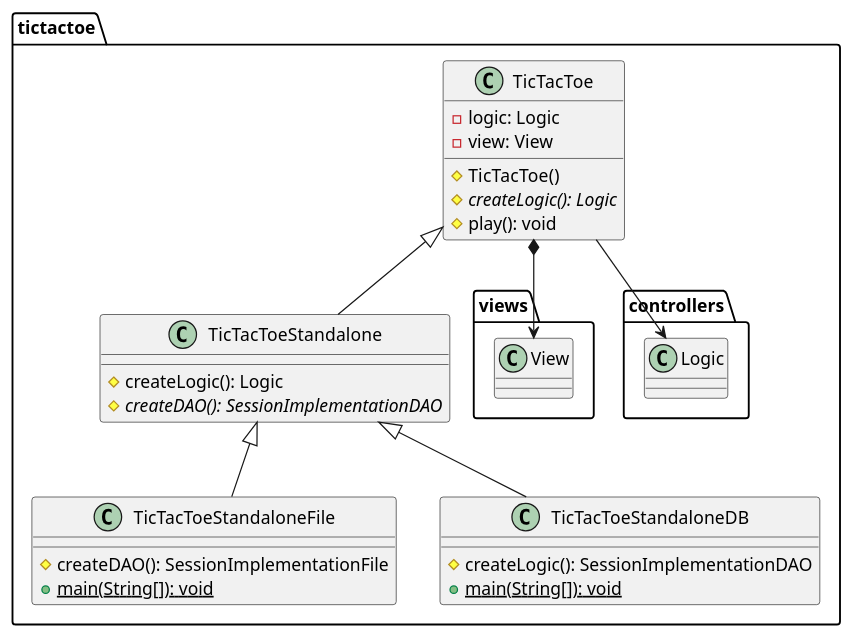
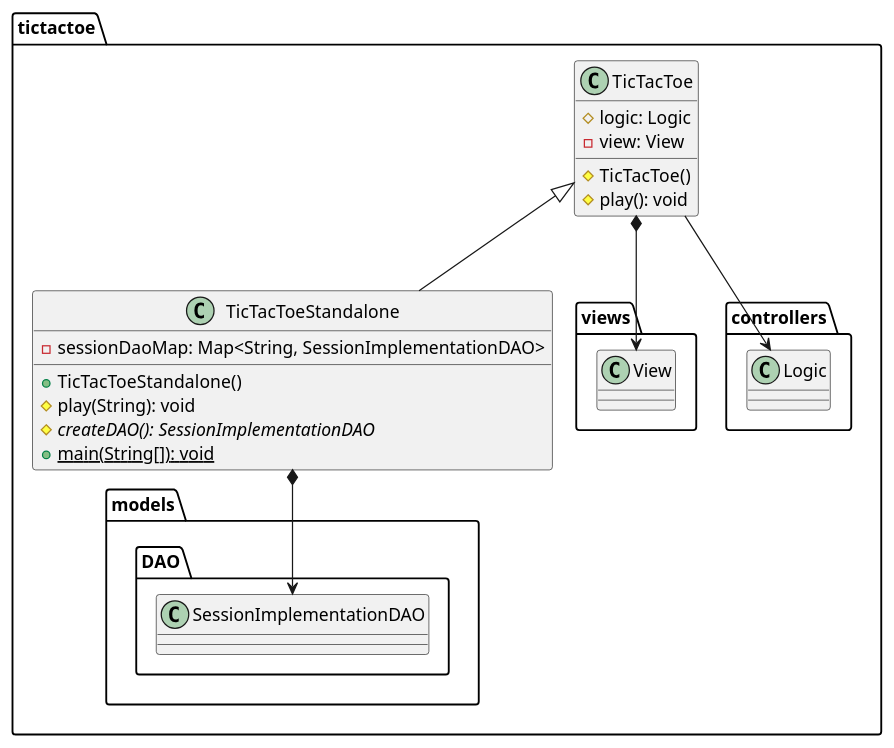
One commit to x-USantaTecla-game-ticTacToe/java changed the second of 6 diagrams in docs/src/docs/asciidoc/index.adoc. Above: the diagram before and after it, drawn with PlantUML. The commit also changed other lines of this file and 36 other files, not shown here.

Commit message:
Update version mvp.pm.withPrototype with implementation and docs

```diff
--- a/docs/src/docs/asciidoc/index.adoc
+++ b/docs/src/docs/asciidoc/index.adoc
@@ -120,32 +121,23 @@
-[plantuml,tictactoeVersion13,svg]
+[plantuml,tictactoeVersion14,svg]
 ....
 
 class  tictactoe.TicTacToe{
-- logic: Logic
+# logic: Logic
 - view: View
 # TicTacToe()
-# {abstract} createLogic(): Logic
 # play(): void
 }
 tictactoe.TicTacToe *-down-> tictactoe.views.View
 tictactoe.TicTacToe --> tictactoe.controllers.Logic
 
 class  tictactoe.TicTacToeStandalone{
-# createLogic(): Logic
+- sessionDaoMap: Map<String, SessionImplementationDAO>
++ TicTacToeStandalone()
+# play(String): void
 # {abstract} createDAO(): SessionImplementationDAO
++ {static} main(String[]): void
 }
 tictactoe.TicTacToe <|-down- tictactoe.TicTacToeStandalone
-
-class  tictactoe.TicTacToeStandaloneFile{
-# createDAO(): SessionImplementationFile
-+ {static} main(String[]): void
-}
-tictactoe.TicTacToeStandalone <|-down- tictactoe.TicTacToeStandaloneFile
-
-class  tictactoe.TicTacToeStandaloneDB{
-# createLogic(): SessionImplementationDAO
-+ {static} main(String[]): void
-}
-tictactoe.TicTacToeStandalone <|-down- tictactoe.TicTacToeStandaloneDB
+tictactoe.TicTacToeStandalone *-down-> tictactoe.models.DAO.SessionImplementationDAO
 
 ....
```
